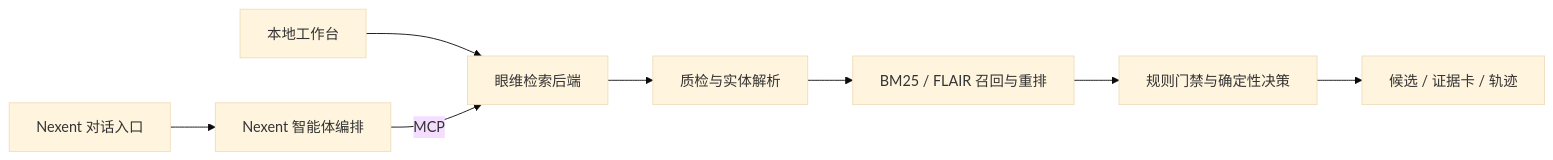
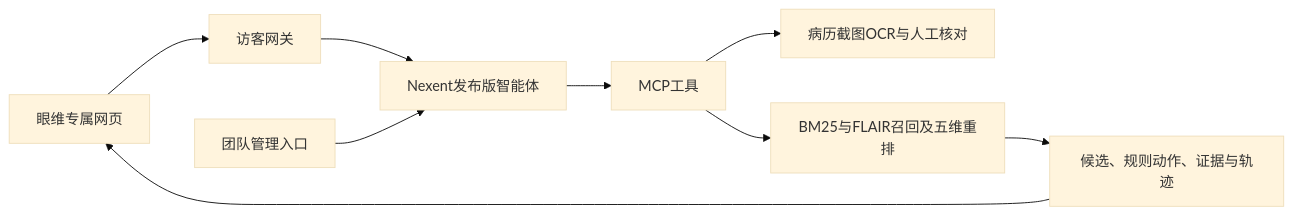
One commit to yuzijun0125/yanwei-retinal-agent changed the diagram in README.md. Above: the diagram before and after it, drawn with Mermaid (base theme). The commit also changed other lines of this file and 113 other files, not shown here.

Commit message:
Update Yanwei hosted Nexent application, OCR and team development workflow

````diff
--- a/README.md
+++ b/README.md
@@ -34,10 +15,11 @@
 ```mermaid
 flowchart LR
-    UI[本地工作台] --> Backend[眼维检索后端]
-    NexentUI[Nexent 对话入口] --> Nexent[Nexent 智能体编排]
-    Nexent -->|MCP| Backend
-    Backend --> Parse[质检与实体解析]
-    Parse --> Retrieve[BM25 / FLAIR 召回与重排]
-    Retrieve --> Gate[规则门禁与确定性决策]
-    Gate --> Evidence[候选 / 证据卡 / 轨迹]
+    UI[眼维专属网页] --> Public[访客网关]
+    Public --> Nexent[Nexent发布版智能体]
+    Nexent --> MCP[MCP工具]
+    MCP --> OCR[病历截图OCR与人工核对]
+    MCP --> Search[BM25与FLAIR召回及五维重排]
+    Search --> Evidence[候选、规则动作、证据与轨迹]
+    Evidence --> UI
+    Admin[团队管理入口] --> Nexent
 ```
````
